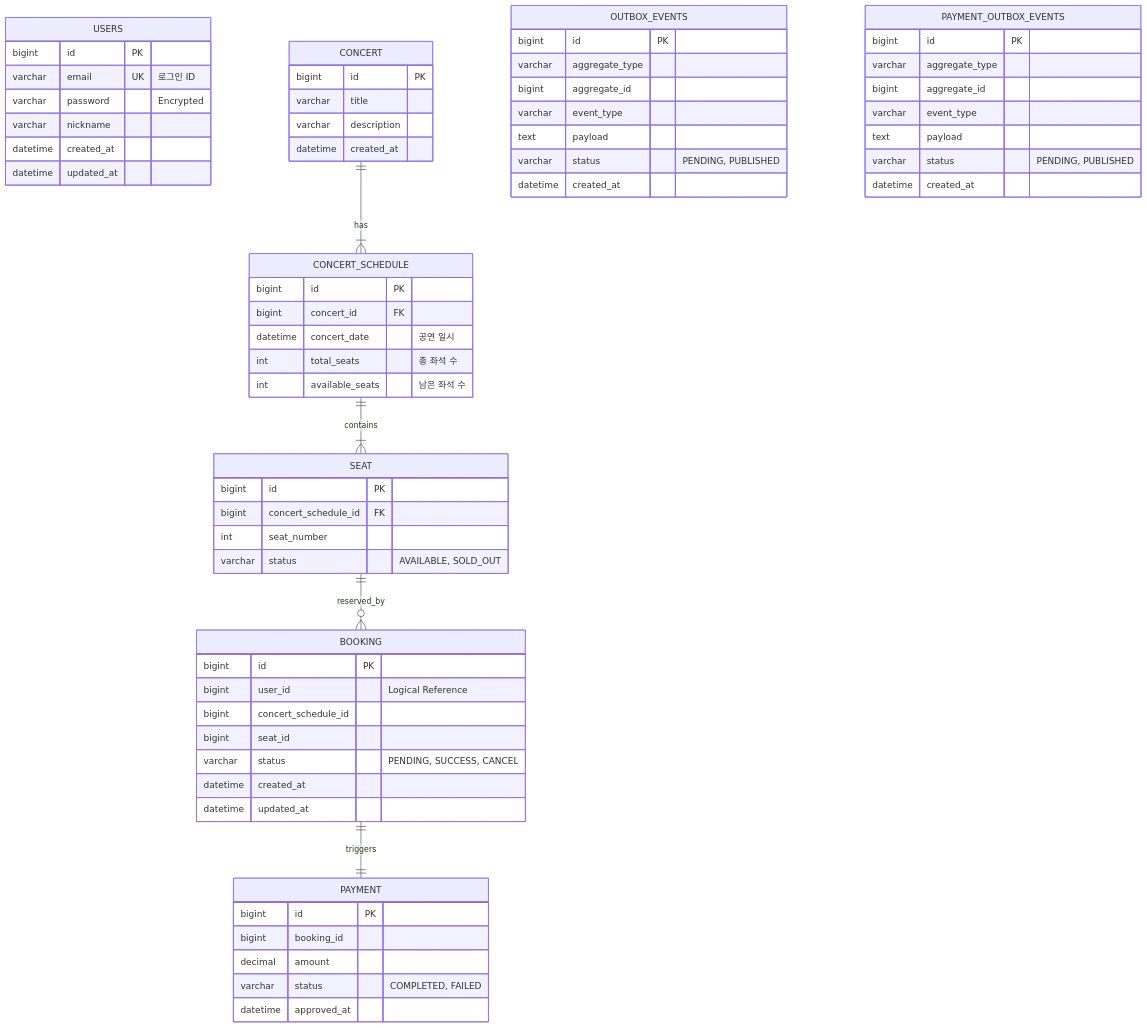
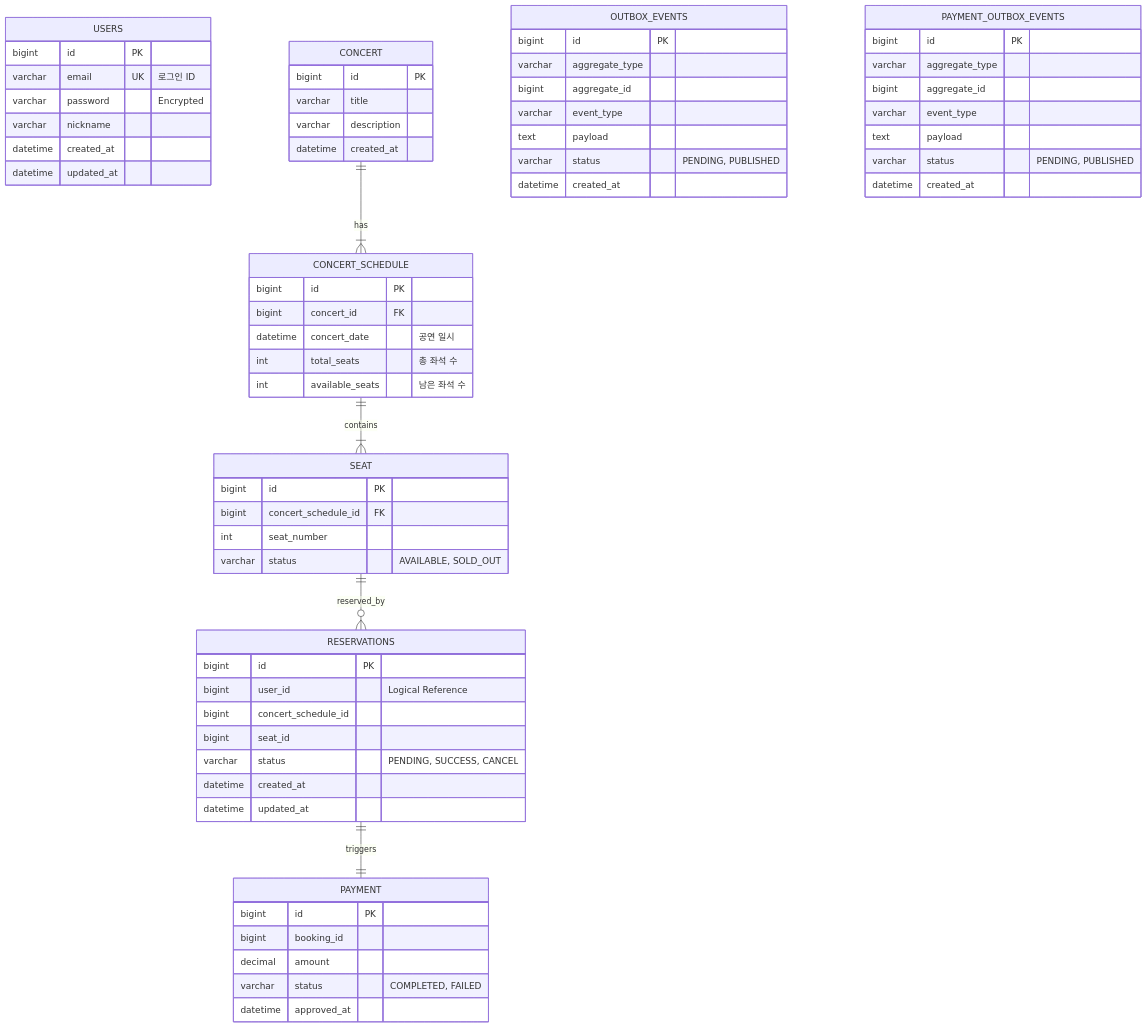
One commit to Seonooo/kp-tickets changed the diagram in docs/erd.md. Above: the diagram before and after it, drawn with Mermaid. The commit also changed other lines of this file and 1 other file, not shown here.

Commit message:
docs: 문서 최신화 booking > reservation으로 수정 및 concertId, scheduleId 값 확인

````diff
--- a/docs/erd.md
+++ b/docs/erd.md
@@ -15,81 +15,81 @@
 ```mermaid
 erDiagram
     %% User Domain
     USERS {
         bigint id PK
         varchar email UK "로그인 ID"
         varchar password "Encrypted"
         varchar nickname
         datetime created_at
         datetime updated_at
     }
 
     %% Concert Domain (Meta Data)
     CONCERT {
         bigint id PK
         varchar title
         varchar description
         datetime created_at
     }
 
     CONCERT_SCHEDULE {
         bigint id PK
         bigint concert_id FK
         datetime concert_date "공연 일시"
         int total_seats "총 좌석 수"
         int available_seats "남은 좌석 수"
     }
 
     SEAT {
         bigint id PK
         bigint concert_schedule_id FK
         int seat_number
         varchar status "AVAILABLE, SOLD_OUT"
     }
 
     %% Booking Domain (Transactional)
-    BOOKING {
+    RESERVATIONS {
         bigint id PK
         bigint user_id "Logical Reference"
         bigint concert_schedule_id
         bigint seat_id
         varchar status "PENDING, SUCCESS, CANCEL"
         datetime created_at
         datetime updated_at
     }
     
     %% Payment Domain (Log)
     PAYMENT {
         bigint id PK
         bigint booking_id
         decimal amount
         varchar status "COMPLETED, FAILED"
         datetime approved_at
     }
 
     %% Outbox Pattern (Event consistency)
     OUTBOX_EVENTS {
         bigint id PK
         varchar aggregate_type
         bigint aggregate_id
         varchar event_type
         text payload
         varchar status "PENDING, PUBLISHED"
         datetime created_at
     }
 
     PAYMENT_OUTBOX_EVENTS {
         bigint id PK
         varchar aggregate_type
         bigint aggregate_id
         varchar event_type
         text payload
         varchar status "PENDING, PUBLISHED"
         datetime created_at
     }
 
     CONCERT ||--|{ CONCERT_SCHEDULE : has
     CONCERT_SCHEDULE ||--|{ SEAT : contains
-    BOOKING ||--|| PAYMENT : triggers
-    SEAT ||--o{ BOOKING : reserved_by
+    RESERVATIONS ||--|| PAYMENT : triggers
+    SEAT ||--o{ RESERVATIONS : reserved_by
 ```
````
